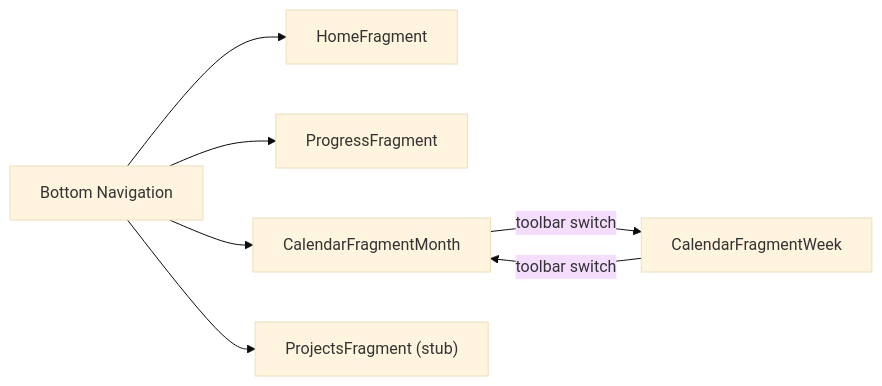
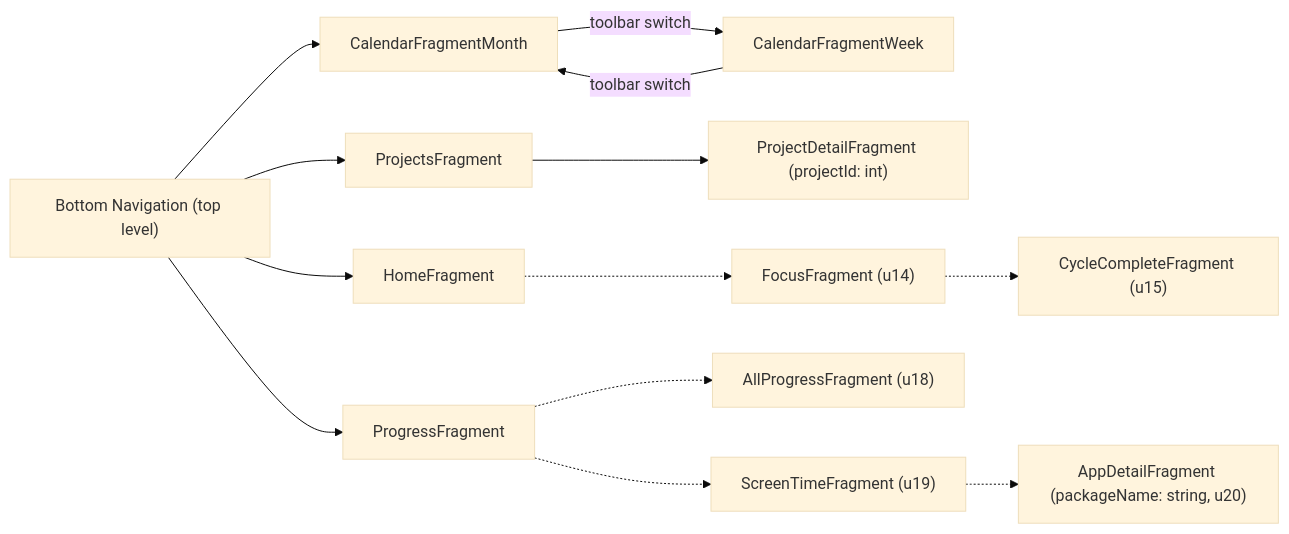
One commit to ThaGuille/BBetterCalendar changed the third of 3 diagrams in .claude/docs/architecture.md. Above: the diagram before and after it, drawn with Mermaid (base theme). The commit also changed other lines of this file and 25 other files, not shown here.

````diff
--- a/.claude/docs/architecture.md
+++ b/.claude/docs/architecture.md
@@ -143,10 +143,16 @@
 ```mermaid
 graph LR
-    BottomNav["Bottom Navigation"]
+    BottomNav["Bottom Navigation (top level)"]
     BottomNav --> Home["HomeFragment"]
     BottomNav --> Progress["ProgressFragment"]
     BottomNav --> CalMonth["CalendarFragmentMonth"]
-    BottomNav --> Projects["ProjectsFragment (stub)"]
+    BottomNav --> Projects["ProjectsFragment"]
     CalMonth -->|"toolbar switch"| CalWeek["CalendarFragmentWeek"]
     CalWeek  -->|"toolbar switch"| CalMonth
+    Projects --> ProjectDetail["ProjectDetailFragment (projectId: int)"]
+    Home -.-> Focus["FocusFragment (u14)"]
+    Focus -.-> CycleComplete["CycleCompleteFragment (u15)"]
+    Progress -.-> AllProgress["AllProgressFragment (u18)"]
+    Progress -.-> ScreenTime["ScreenTimeFragment (u19)"]
+    ScreenTime -.-> AppDetail["AppDetailFragment (packageName: string, u20)"]
 ```
````
